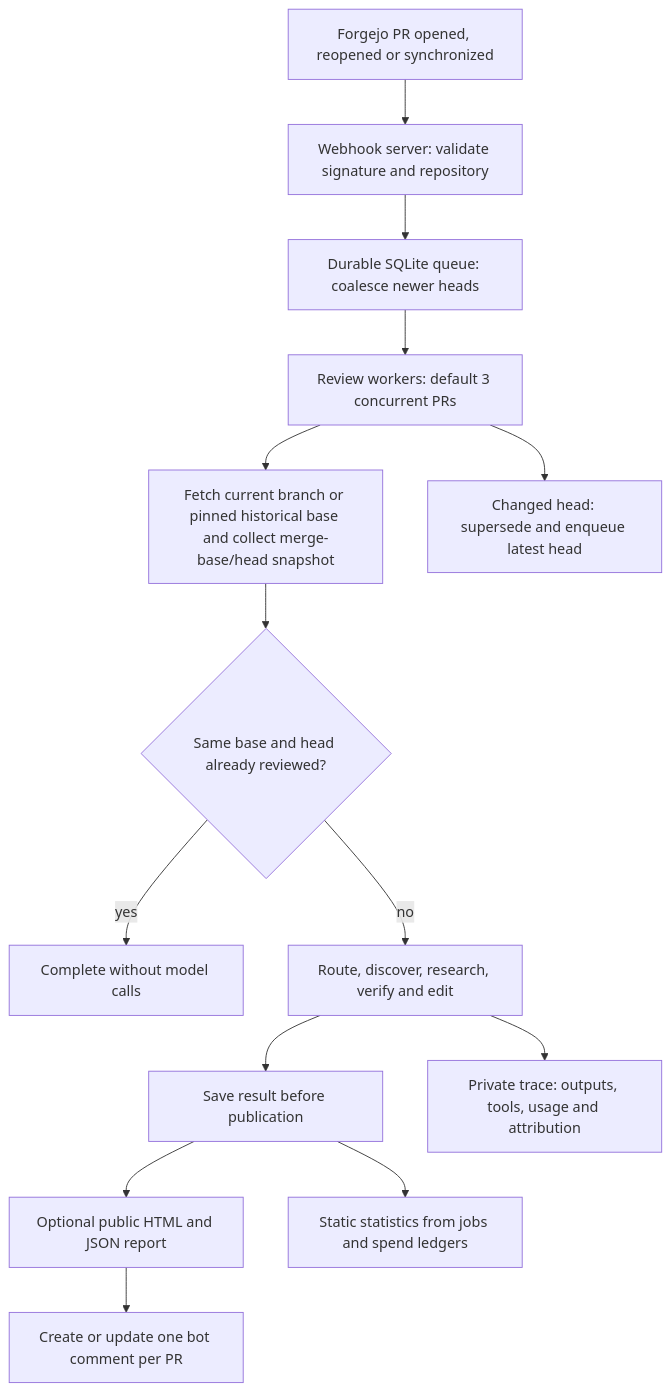
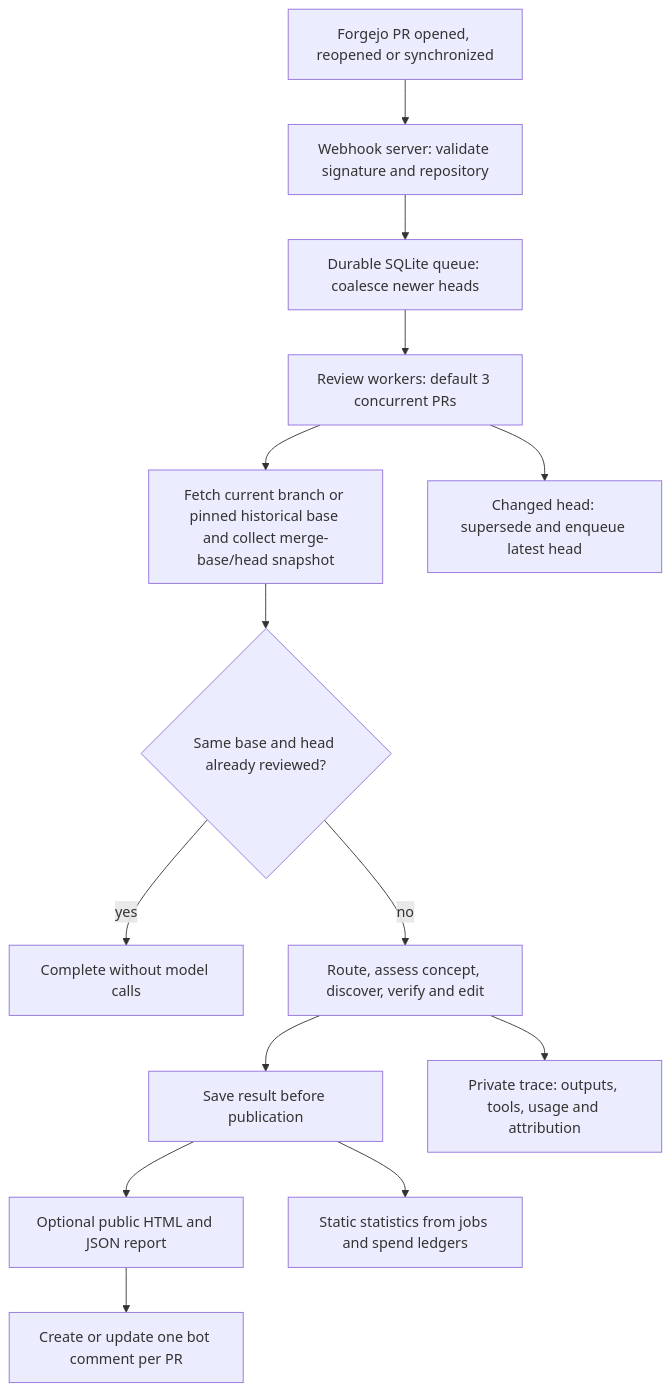
One commit to sedited/nix-wll changed the first of 4 diagrams in pkgs/ralph/README.md. Above: the diagram before and after it, drawn with Mermaid. The commit also changed other lines of this file and 2 other files, not shown here.

First line of the commit message:
Document advisory concept review and visible alternatives

````diff
--- a/pkgs/ralph/README.md
+++ b/pkgs/ralph/README.md
@@ -16,16 +16,16 @@
 ```mermaid
 flowchart TD
     event["Forgejo PR opened, reopened or synchronized"] --> webhook["Webhook server: validate signature and repository"]
     webhook --> queue["Durable SQLite queue: coalesce newer heads"]
     queue --> workers["Review workers: default 3 concurrent PRs"]
     workers --> collect["Fetch current branch or pinned historical base and collect merge-base/head snapshot"]
     collect --> existing{"Same base and head already reviewed?"}
     existing -->|yes| done["Complete without model calls"]
-    existing -->|no| pipeline["Route, discover, research, verify and edit"]
+    existing -->|no| pipeline["Route, assess concept, discover, verify and edit"]
     pipeline --> saved["Save result before publication"]
     saved --> report["Optional public HTML and JSON report"]
     report --> publish["Create or update one bot comment per PR"]
     pipeline --> trace["Private trace: outputs, tools, usage and attribution"]
     saved --> stats["Static statistics from jobs and spend ledgers"]
     workers --> stale["Changed head: supersede and enqueue latest head"]
 ```
````
